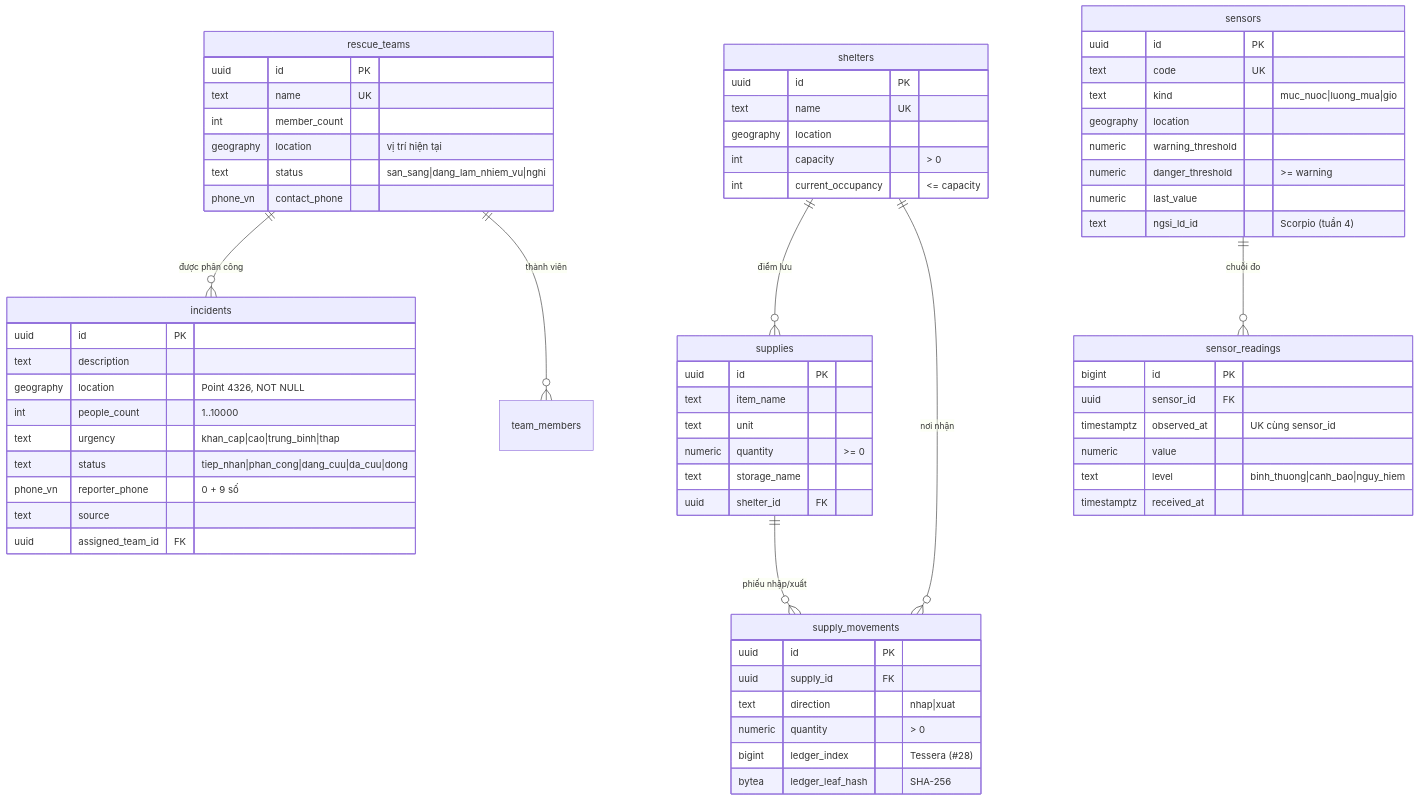
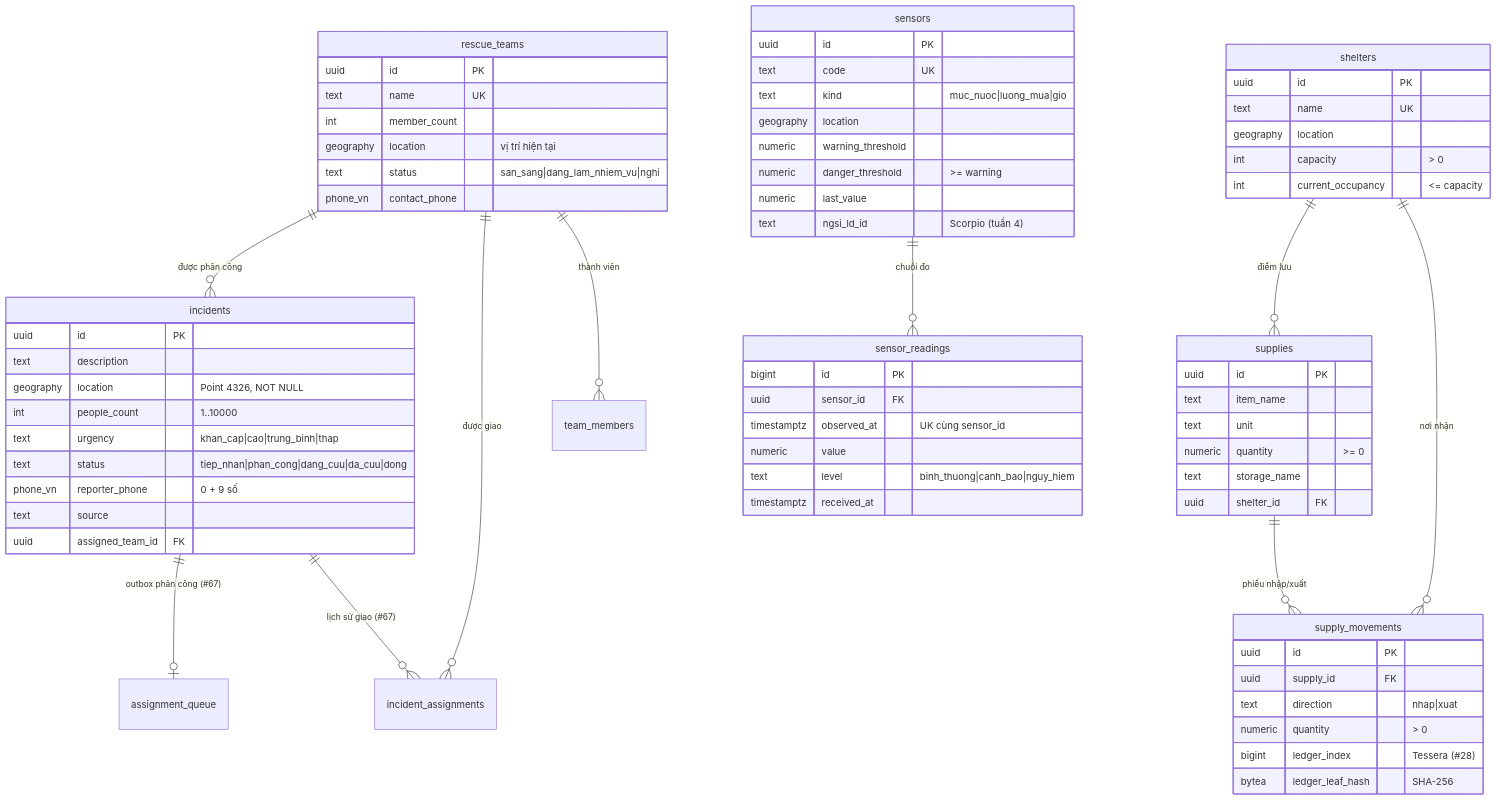
Before and after one commit to disaster-dxos/disaster-dxos: the first of 3 diagrams in apps/cuu-tro/README.md, drawn with Mermaid. The commit also changed other lines of this file and 27 other files, not shown here.

First line of the commit message:
feat(cuu-tro): phân công tự động khi có tin mới, quá hạn thì phân công lại, ưu tiên theo urgency (#67)

````diff
--- a/apps/cuu-tro/README.md
+++ b/apps/cuu-tro/README.md
@@ -25,70 +25,73 @@
 ```mermaid
 erDiagram
   rescue_teams ||--o{ incidents : "được phân công"
   shelters ||--o{ supplies : "điểm lưu"
   supplies ||--o{ supply_movements : "phiếu nhập/xuất"
   shelters ||--o{ supply_movements : "nơi nhận"
   rescue_teams ||--o{ team_members : "thành viên"
   sensors ||--o{ sensor_readings : "chuỗi đo"
+  incidents ||--o| assignment_queue : "outbox phân công (#67)"
+  incidents ||--o{ incident_assignments : "lịch sử giao (#67)"
+  rescue_teams ||--o{ incident_assignments : "được giao"
 
   incidents {
     uuid id PK
     text description
     geography location "Point 4326, NOT NULL"
     int people_count "1..10000"
     text urgency "khan_cap|cao|trung_binh|thap"
     text status "tiep_nhan|phan_cong|dang_cuu|da_cuu|dong"
     phone_vn reporter_phone "0 + 9 số"
     text source
     uuid assigned_team_id FK
   }
   rescue_teams {
     uuid id PK
     text name UK
     int member_count
     geography location "vị trí hiện tại"
     text status "san_sang|dang_lam_nhiem_vu|nghi"
     phone_vn contact_phone
   }
   shelters {
     uuid id PK
     text name UK
     geography location
     int capacity "> 0"
     int current_occupancy "<= capacity"
   }
   supplies {
     uuid id PK
     text item_name
     text unit
     numeric quantity ">= 0"
     text storage_name
     uuid shelter_id FK
   }
   supply_movements {
     uuid id PK
     uuid supply_id FK
     text direction "nhap|xuat"
     numeric quantity "> 0"
     bigint ledger_index "Tessera (#28)"
     bytea ledger_leaf_hash "SHA-256"
   }
   sensors {
     uuid id PK
     text code UK
     text kind "muc_nuoc|luong_mua|gio"
     geography location
     numeric warning_threshold
     numeric danger_threshold ">= warning"
     numeric last_value
     text ngsi_ld_id "Scorpio (tuần 4)"
   }
   sensor_readings {
     bigint id PK
     uuid sensor_id FK
     timestamptz observed_at "UK cùng sensor_id"
     numeric value
     text level "binh_thuong|canh_bao|nguy_hiem"
     timestamptz received_at
   }
 ```
````
